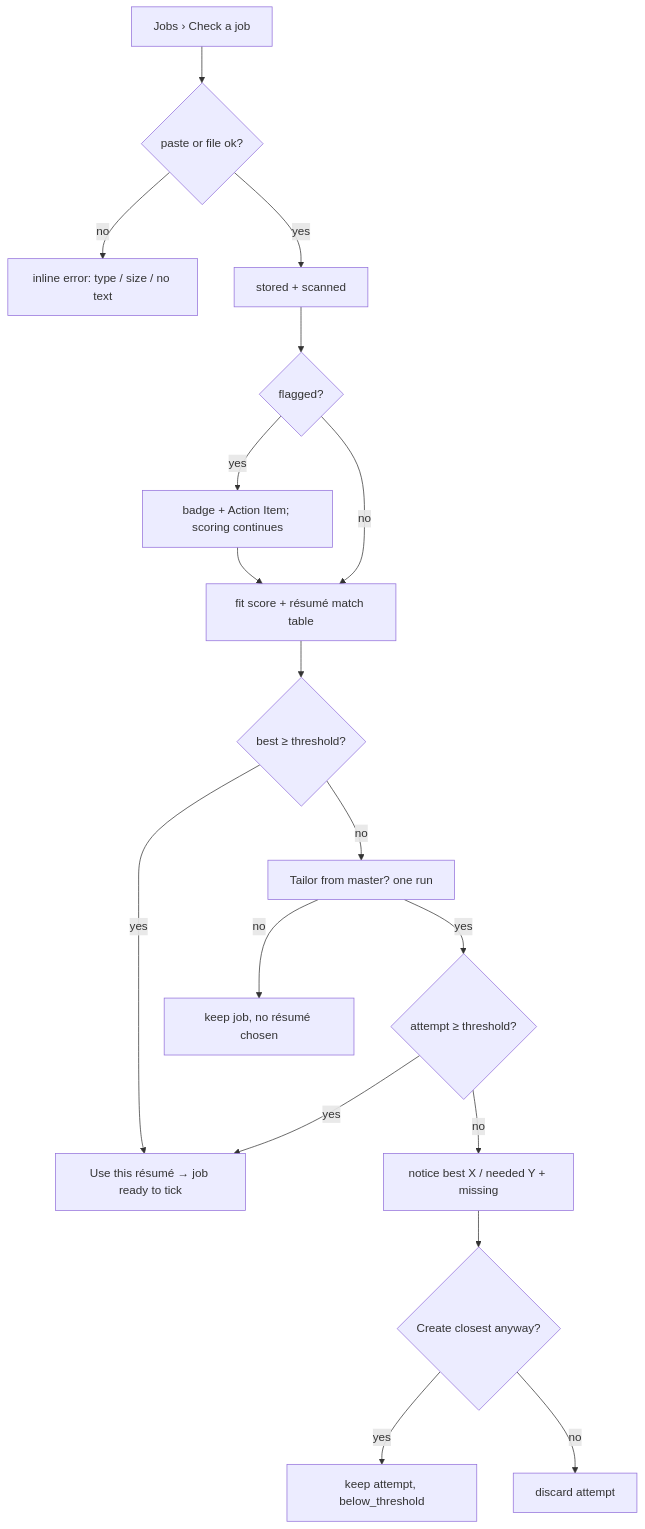
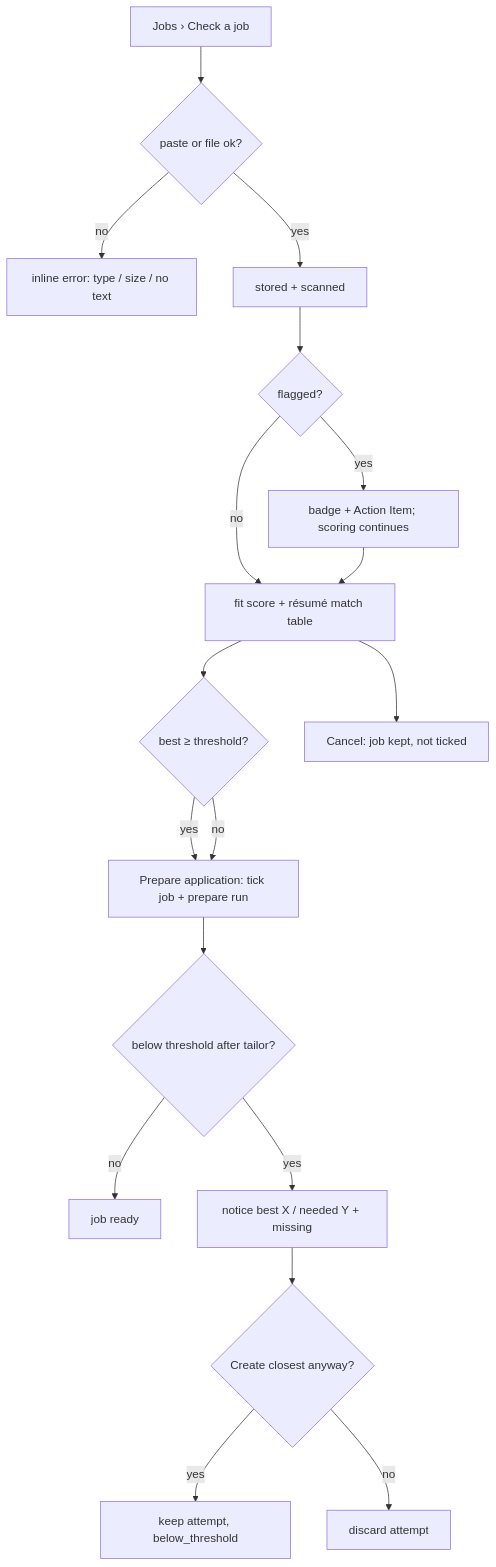
Before and after one commit to m0hamedb3ngab5ia/career-os-template: the third of 4 diagrams in docs/product/07_USER_FLOWS.md, drawn with Mermaid. The commit also changed 6 other files, not shown here.

````diff
--- a/docs/product/07_USER_FLOWS.md
+++ b/docs/product/07_USER_FLOWS.md
@@ -37,18 +37,18 @@
 ```mermaid
 flowchart TD
   A[Jobs › Check a job] --> B{paste or file ok?}
   B -- no --> B1[inline error: type / size / no text]
   B -- yes --> C[stored + scanned] --> D{flagged?}
   D -- yes --> D1[badge + Action Item; scoring continues]
   D -- no --> E
   D1 --> E[fit score + résumé match table]
   E --> F{best ≥ threshold?}
-  F -- yes --> G[Use this résumé → job ready to tick]
-  F -- no --> H[Tailor from master? one run]
-  H -- no --> Z[keep job, no résumé chosen]
-  H -- yes --> I{attempt ≥ threshold?}
-  I -- yes --> G
-  I -- no --> J[notice best X / needed Y + missing] --> K{Create closest anyway?}
+  F -- yes --> P[Prepare application: tick job + prepare run]
+  F -- no --> P
+  E --> X[Cancel: job kept, not ticked]
+  P --> I{below threshold after tailor?}
+  I -- no --> G[job ready]
+  I -- yes --> J[notice best X / needed Y + missing] --> K{Create closest anyway?}
   K -- yes --> L[keep attempt, below_threshold]
   K -- no --> M[discard attempt]
 ```
````
